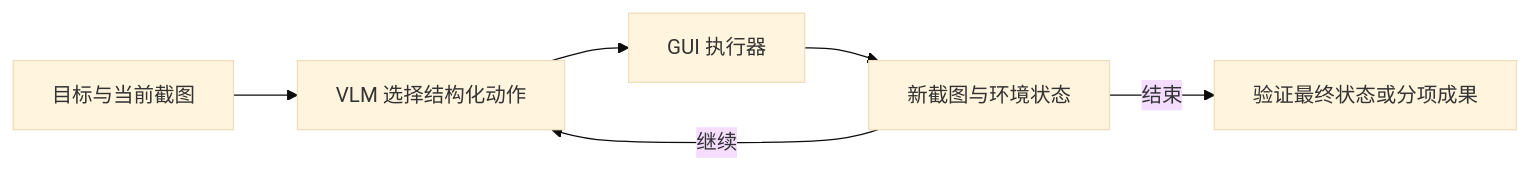
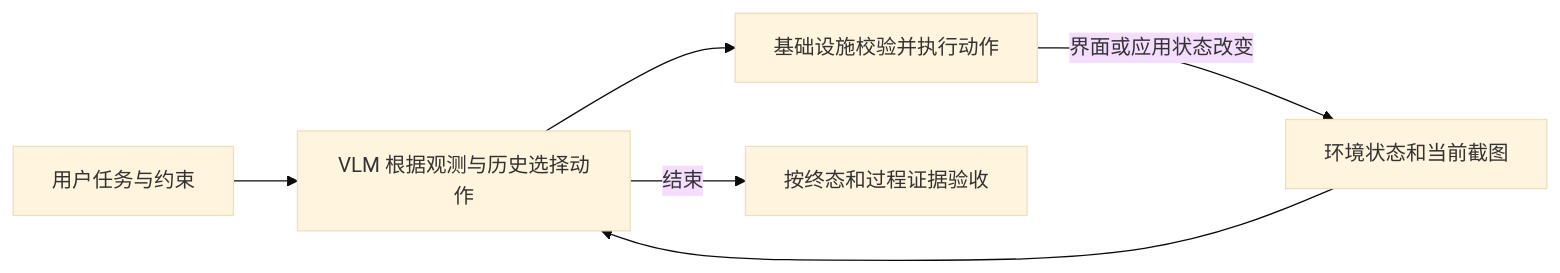
One commit to RoyceChase/cmu-ai-agents-study changed the diagram in lessons/4a-computer-use-agents/notes.md. Above: the diagram before and after it, drawn with Mermaid (base theme). The commit also changed other lines of this file and 14 other files, not shown here.

````diff
--- a/lessons/4a-computer-use-agents/notes.md
+++ b/lessons/4a-computer-use-agents/notes.md
@@ -385,8 +9,8 @@
 ```mermaid
 flowchart LR
-    A[目标与当前截图] --> B[VLM 选择结构化动作]
-    B --> C[GUI 执行器]
-    C --> D[新截图与环境状态]
-    D -->|继续| B
-    D -->|结束| E[验证最终状态或分项成果]
+    G[用户任务与约束] --> M[VLM 根据观测与历史选择动作]
+    O[环境状态和当前截图] --> M
+    M --> V[基础设施校验并执行动作]
+    V -->|界面或应用状态改变| O
+    M -->|结束| R[按终态和过程证据验收]
 ```
````
